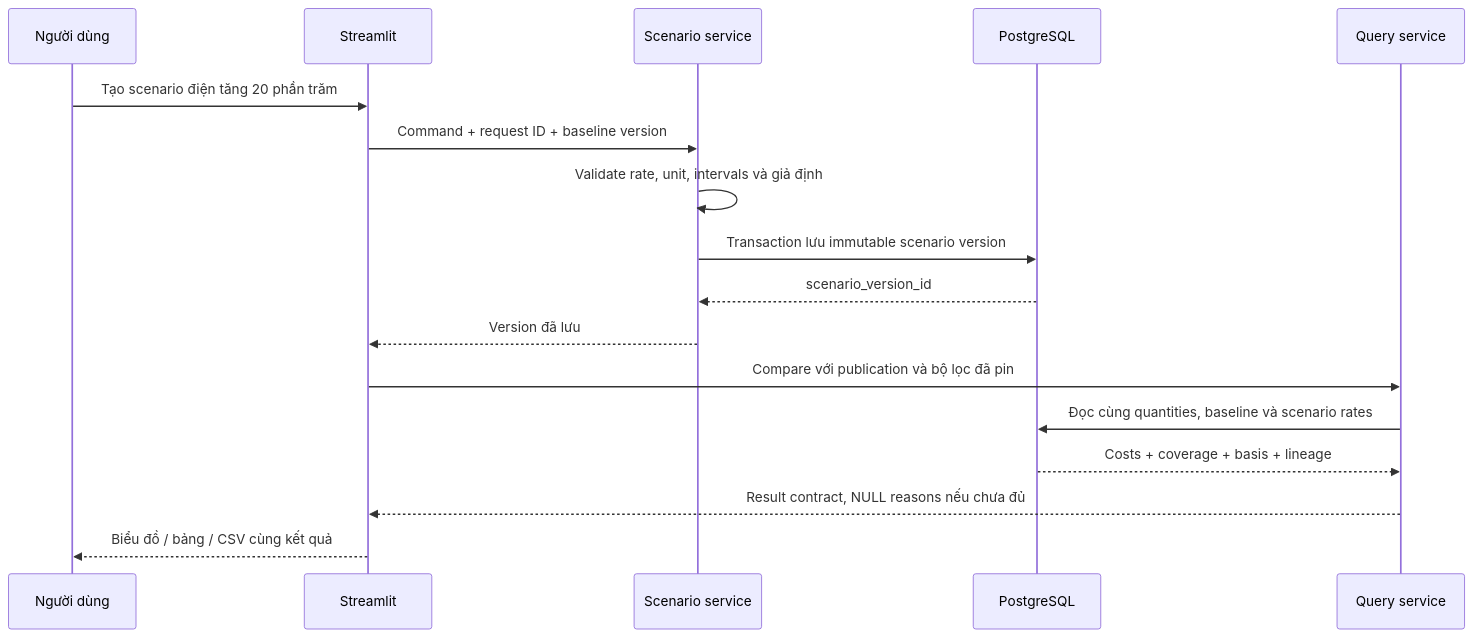
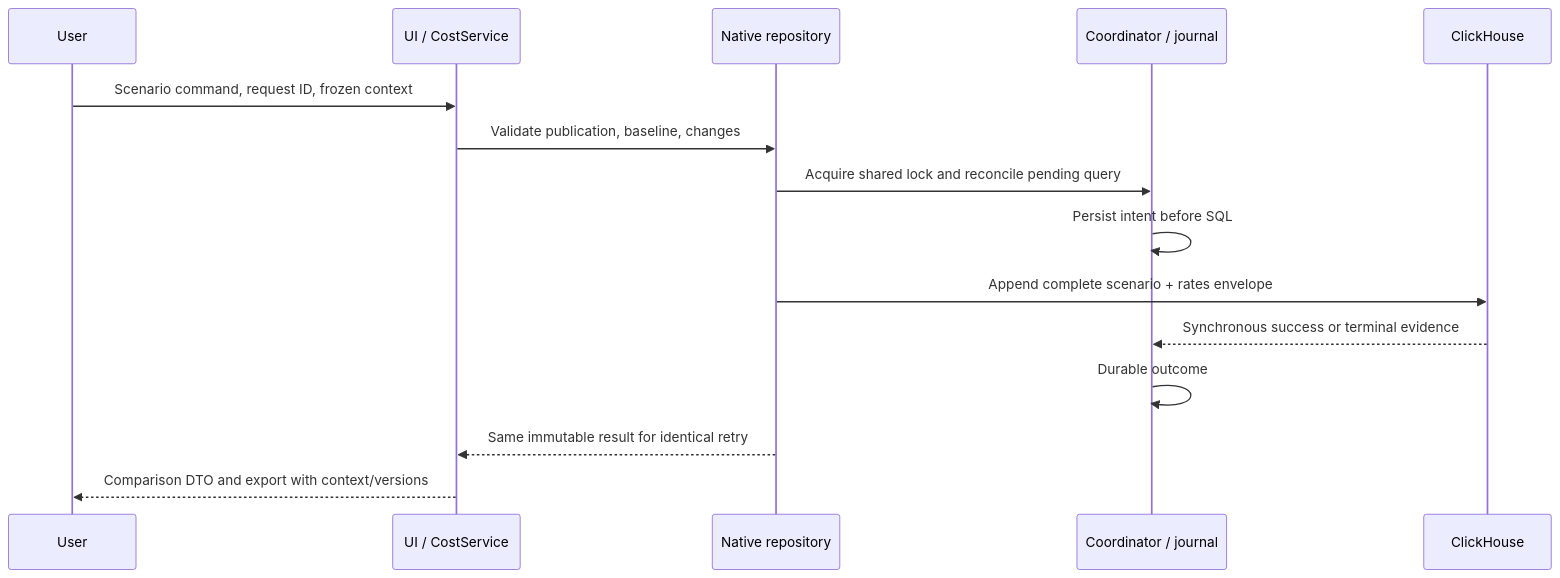
One commit to arcanine525/smart-green-house changed the second of 2 diagrams in docs/architecture/08-application-contracts.md. Above: the diagram before and after it, drawn with Mermaid. The commit also changed other lines of this file and 47 other files, not shown here.

Commit message:
Document the native ClickHouse stack and verified delivery evidence

````diff
--- a/docs/architecture/08-application-contracts.md
+++ b/docs/architecture/08-application-contracts.md
@@ -37,19 +19,17 @@
 ```mermaid
 sequenceDiagram
-    participant U as Người dùng
-    participant A as Streamlit
-    participant S as Scenario service
-    participant D as PostgreSQL
-    participant Q as Query service
-    U->>A: Tạo scenario điện tăng 20 phần trăm
-    A->>S: Command + request ID + baseline version
-    S->>S: Validate rate, unit, intervals và giả định
-    S->>D: Transaction lưu immutable scenario version
-    D-->>S: scenario_version_id
-    S-->>A: Version đã lưu
-    A->>Q: Compare với publication và bộ lọc đã pin
-    Q->>D: Đọc cùng quantities, baseline và scenario rates
-    D-->>Q: Costs + coverage + basis + lineage
-    Q-->>A: Result contract, NULL reasons nếu chưa đủ
-    A-->>U: Biểu đồ / bảng / CSV cùng kết quả
+    participant U as User
+    participant A as UI / CostService
+    participant R as Native repository
+    participant J as Coordinator / journal
+    participant D as ClickHouse
+    U->>A: Scenario command, request ID, frozen context
+    A->>R: Validate publication, baseline, changes
+    R->>J: Acquire shared lock and reconcile pending query
+    J->>J: Persist intent before SQL
+    R->>D: Append complete scenario + rates envelope
+    D-->>J: Synchronous success or terminal evidence
+    J->>J: Durable outcome
+    R-->>A: Same immutable result for identical retry
+    A-->>U: Comparison DTO and export with context/versions
 ```
````
